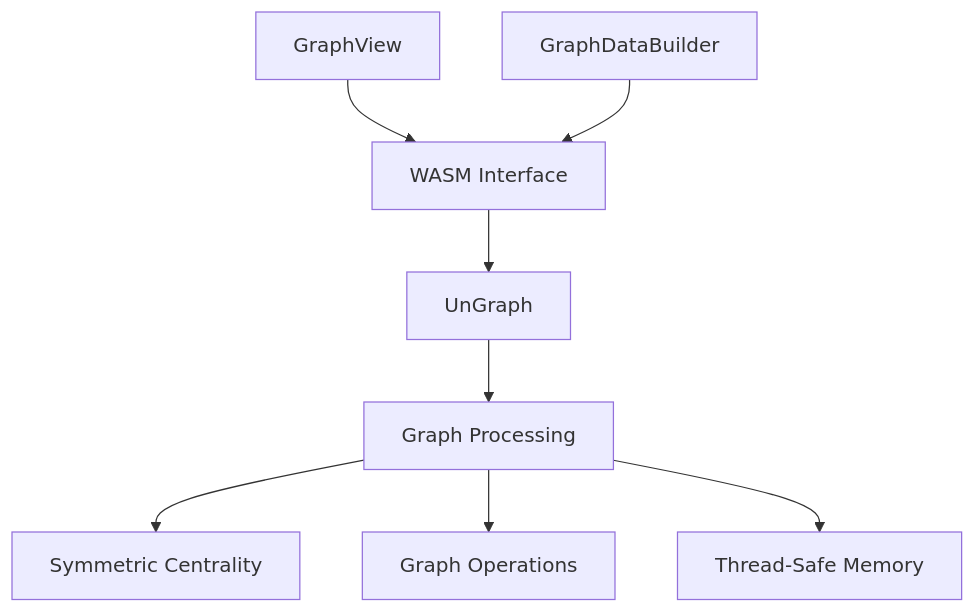
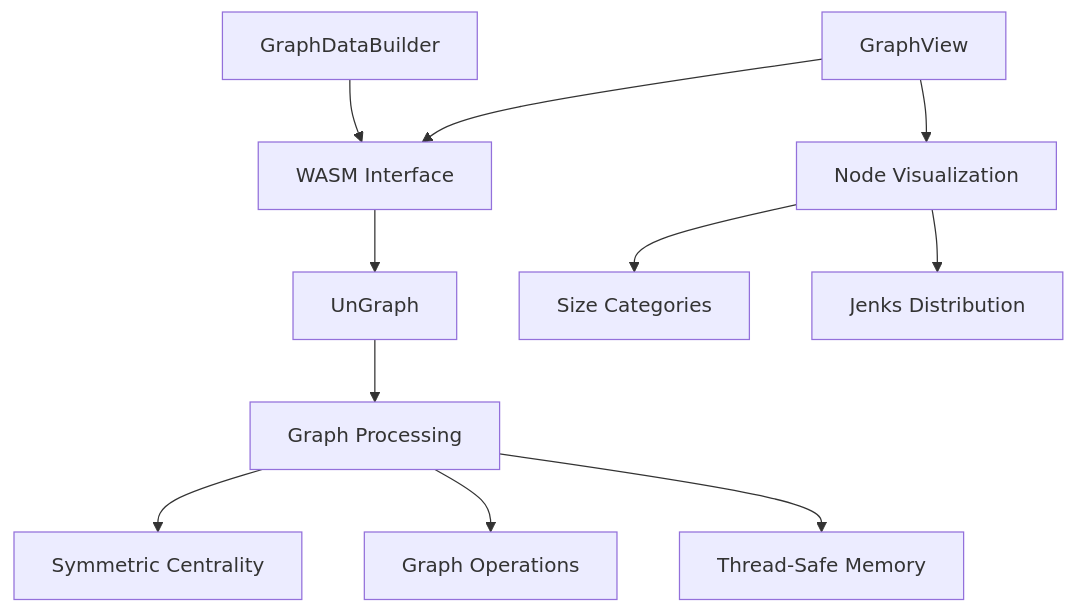
One commit to luolanaaTUD/obsidian-graph-analysis changed the second of 2 diagrams in memory-bank/systemPatterns.md. Above: the diagram before and after it, drawn with Mermaid. The commit also changed other lines of this file and 3 other files, not shown here.

Commit message:
docs: update documentation for node size visualization improvements - Update memory bank with new node size categorization details - Document UI design patterns and optimization strategies

````diff
--- a/memory-bank/systemPatterns.md
+++ b/memory-bank/systemPatterns.md
@@ -59,10 +70,14 @@
 ```mermaid
 graph TD
     A[GraphView] --> B[WASM Interface]
     C[GraphDataBuilder] --> B
     B --> D[UnGraph]
     D --> E[Graph Processing]
     E --> F[Symmetric Centrality]
     E --> G[Graph Operations]
     E --> H[Thread-Safe Memory]
+    
+    A --> I[Node Visualization]
+    I --> J[Size Categories]
+    I --> K[Jenks Distribution]
 ```
````
